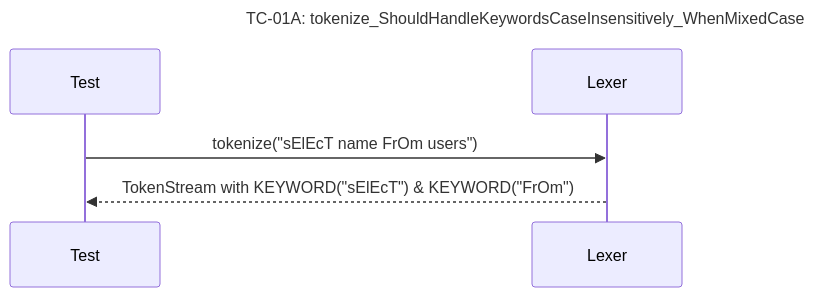
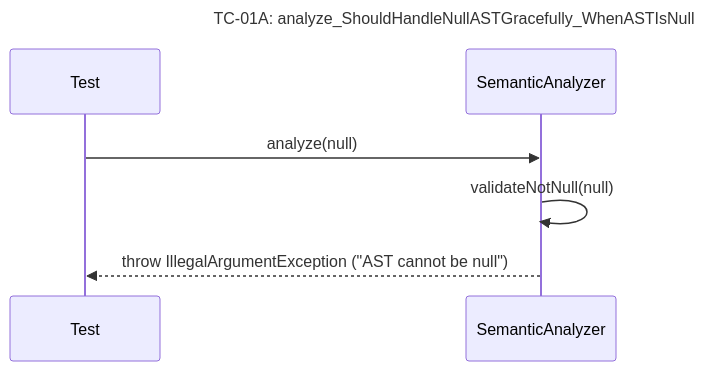
One commit to Dikhang1112/Database_Management_BBV changed the second of 30 diagrams in docs/unit_test/query_prossor/SequeceTestCase.md. Above: the diagram before and after it, drawn with Mermaid. The commit also changed other lines of this file and 2 other files, not shown here.

Commit message:
Add unit test for senetic analysis

````diff
--- a/docs/unit_test/query_prossor/SequeceTestCase.md
+++ b/docs/unit_test/query_prossor/SequeceTestCase.md
@@ -27,9 +38,10 @@
 ```mermaid
 sequenceDiagram
-    title TC-01A: tokenize_ShouldHandleKeywordsCaseInsensitively_WhenMixedCase
+    title TC-01A: analyze_ShouldHandleNullASTGracefully_WhenASTIsNull
     participant Test
-    participant Lexer
+    participant SemanticAnalyzer
 
-    Test->>Lexer: tokenize("sElEcT name FrOm users")
-    Lexer-->>Test: TokenStream with KEYWORD("sElEcT") & KEYWORD("FrOm")
+    Test->>SemanticAnalyzer: analyze(null)
+    SemanticAnalyzer->>SemanticAnalyzer: validateNotNull(null)
+    SemanticAnalyzer-->>Test: throw IllegalArgumentException ("AST cannot be null")
 ```
````
